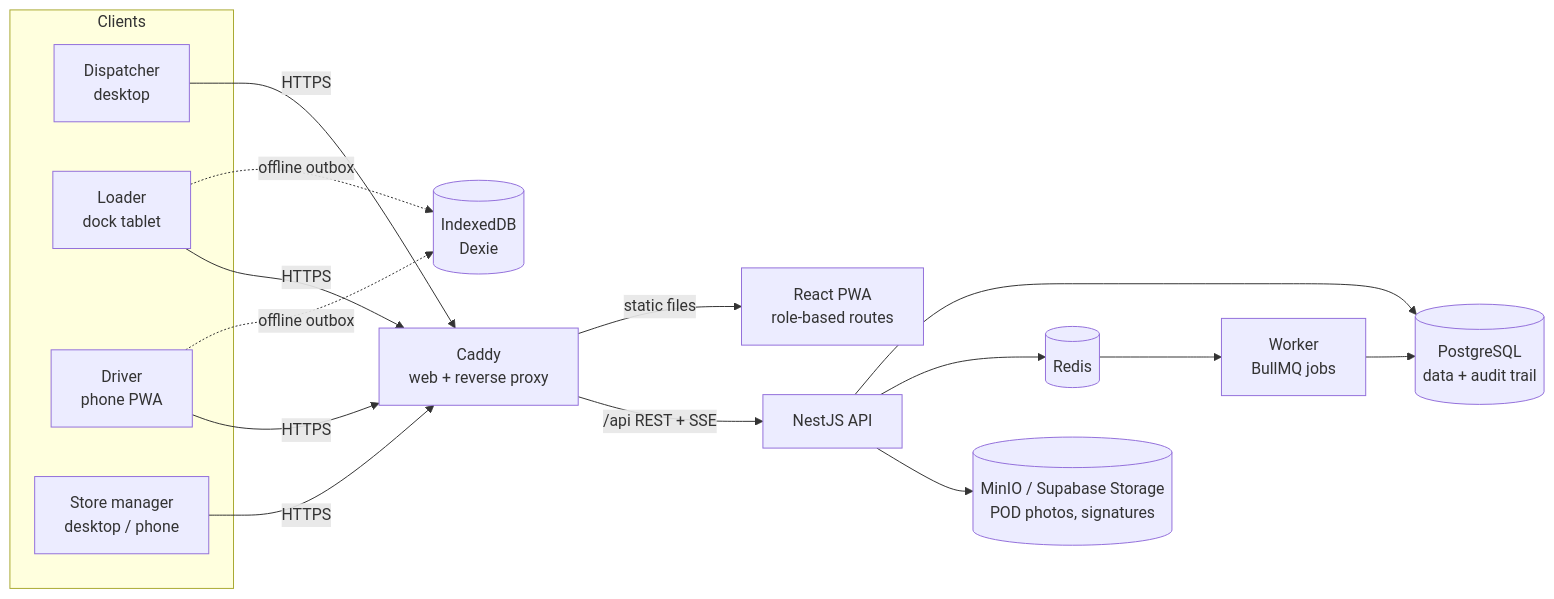
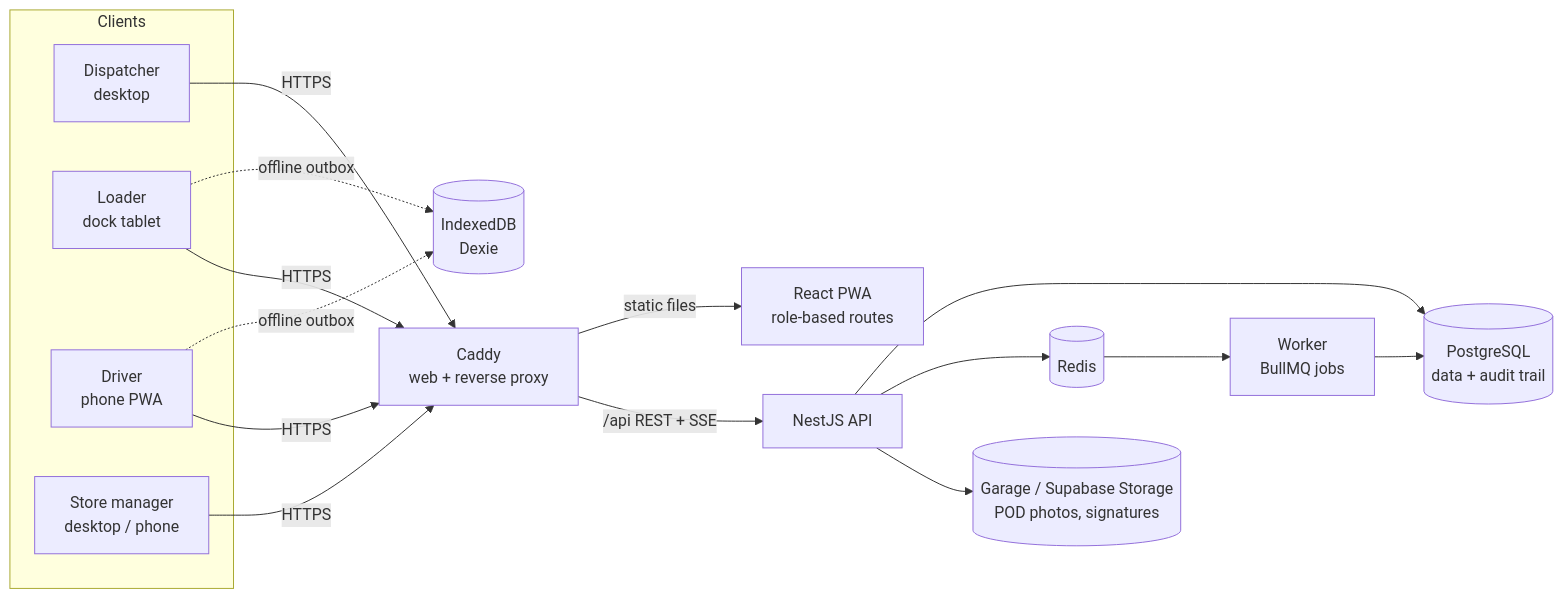
The first of 2 diagrams in docs/architecture.md (tiharagrrr/root4us_WaypointCompass), drawn with Mermaid before and after one commit. The commit also changed other lines of this file and 11 other files, not shown here.

First line of the commit message:
fix(infra): replace minio with garage for local s3 storage

````diff
--- a/docs/architecture.md
+++ b/docs/architecture.md
@@ -7,22 +7,22 @@
 ```mermaid
 flowchart LR
   subgraph Clients
     D[Dispatcher<br/>desktop]
     L[Loader<br/>dock tablet]
     DR[Driver<br/>phone PWA]
     SM[Store manager<br/>desktop / phone]
   end
 
   DR -. offline outbox .-> IDB[(IndexedDB<br/>Dexie)]
   L -. offline outbox .-> IDB
 
   D & L & DR & SM -->|HTTPS| C[Caddy<br/>web + reverse proxy]
   C -->|static files| SPA[React PWA<br/>role-based routes]
   C -->|/api  REST + SSE| API[NestJS API]
 
   API --> PG[(PostgreSQL<br/>data + audit trail)]
   API --> R[(Redis)]
-  API --> S3[(MinIO / Supabase Storage<br/>POD photos, signatures)]
+  API --> S3[(Garage / Supabase Storage<br/>POD photos, signatures)]
   R --> W[Worker<br/>BullMQ jobs]
   W --> PG
 ```
````
